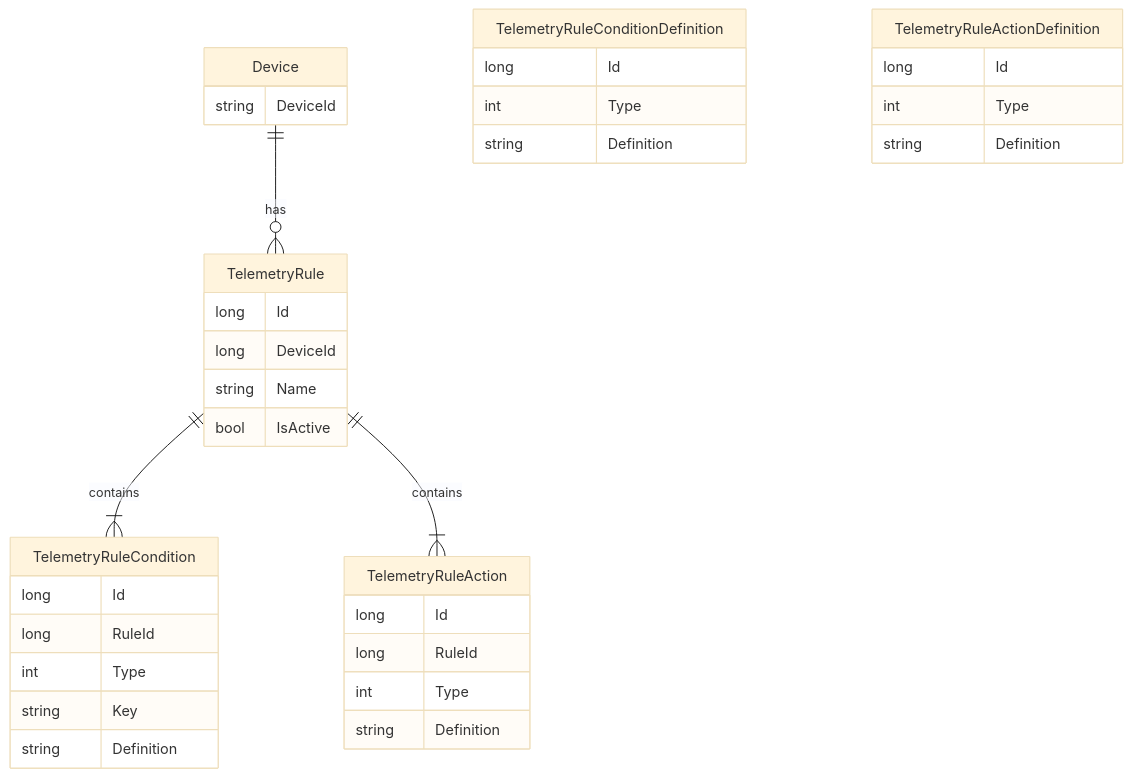
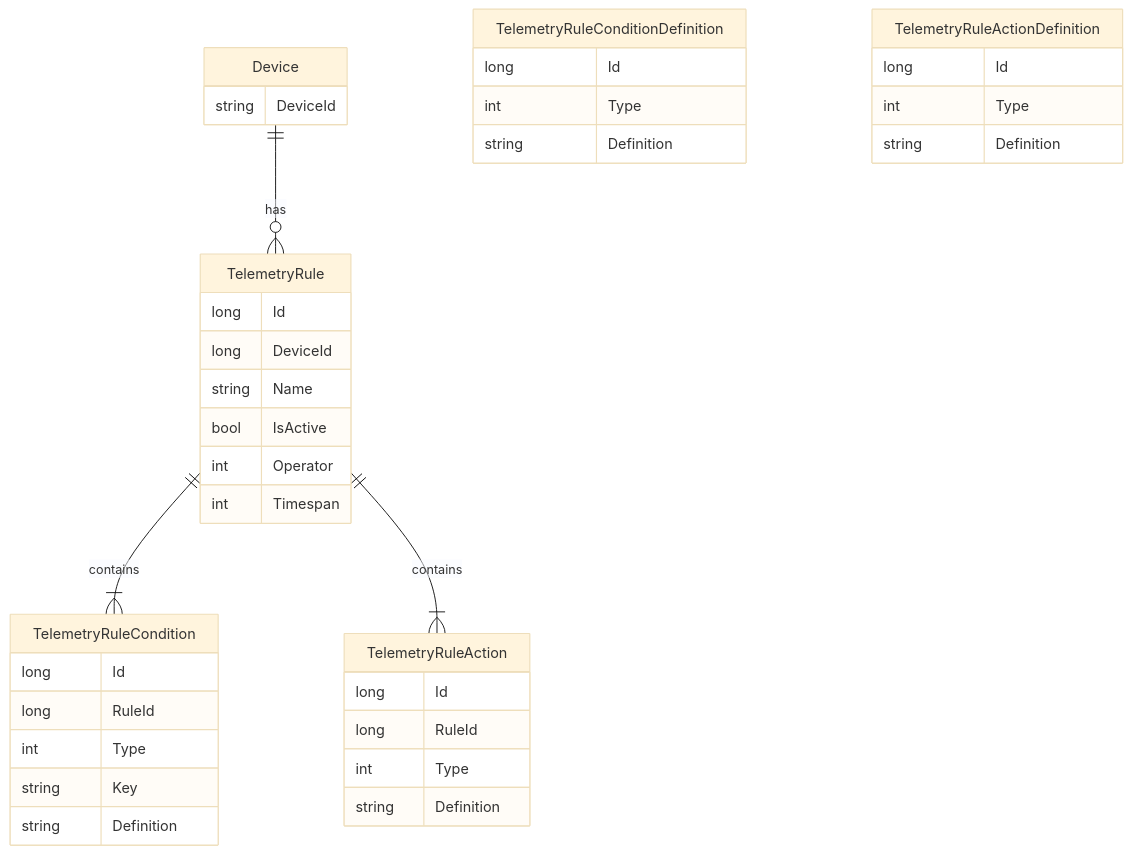
One commit to Demetrioz/Agrigate changed the first of 2 diagrams in docs/docs/technical/rules.md. Above: the diagram before and after it, drawn with Mermaid (base theme). The commit also changed other lines of this file, not shown here.

````diff
--- a/docs/docs/technical/rules.md
+++ b/docs/docs/technical/rules.md
@@ -58,38 +70,40 @@
 ```mermaid
 erDiagram
     Device ||--o{ TelemetryRule : has
     TelemetryRule ||--|{ TelemetryRuleCondition : contains
     TelemetryRule ||--|{ TelemetryRuleAction : contains
     Device {
         string DeviceId
     }
     TelemetryRule {
         long Id
         long DeviceId
         string Name
         bool IsActive
+        int Operator
+        int Timespan
     }
     TelemetryRuleCondition {
         long Id
         long RuleId
         int Type
         string Key
         string Definition
     }
     TelemetryRuleAction {
         long Id
         long RuleId
         int Type
         string Definition
     }
     TelemetryRuleConditionDefinition {
         long Id
         int Type
         string Definition
     }
     TelemetryRuleActionDefinition {
         long Id
         int Type
         string Definition
     }
 ```
````
